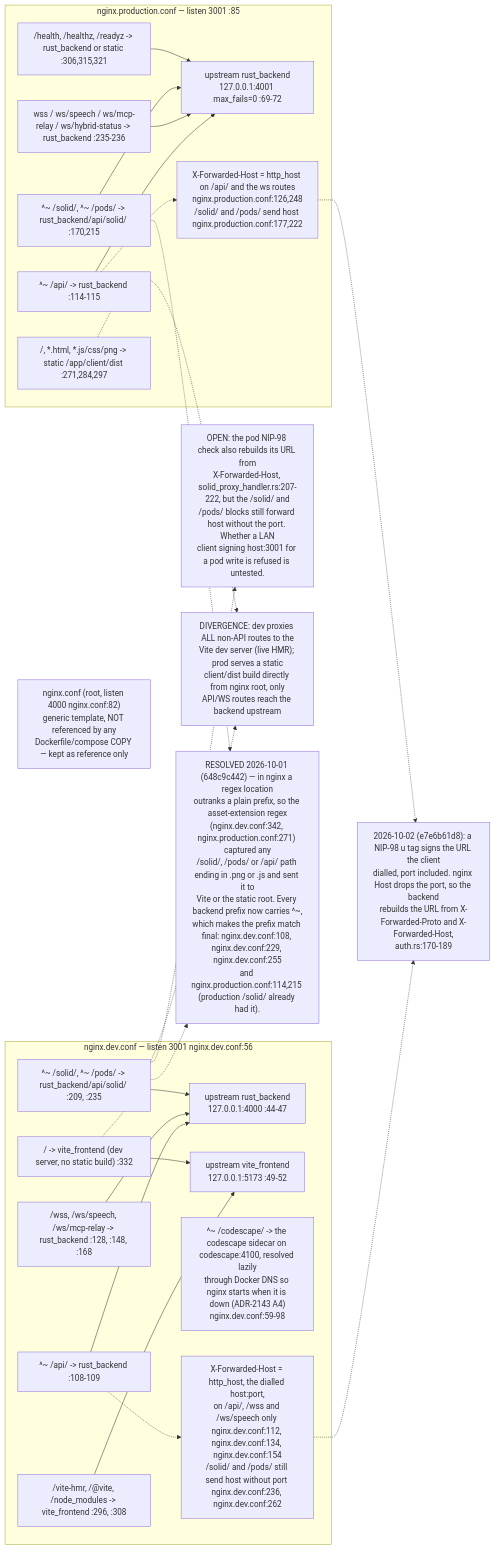
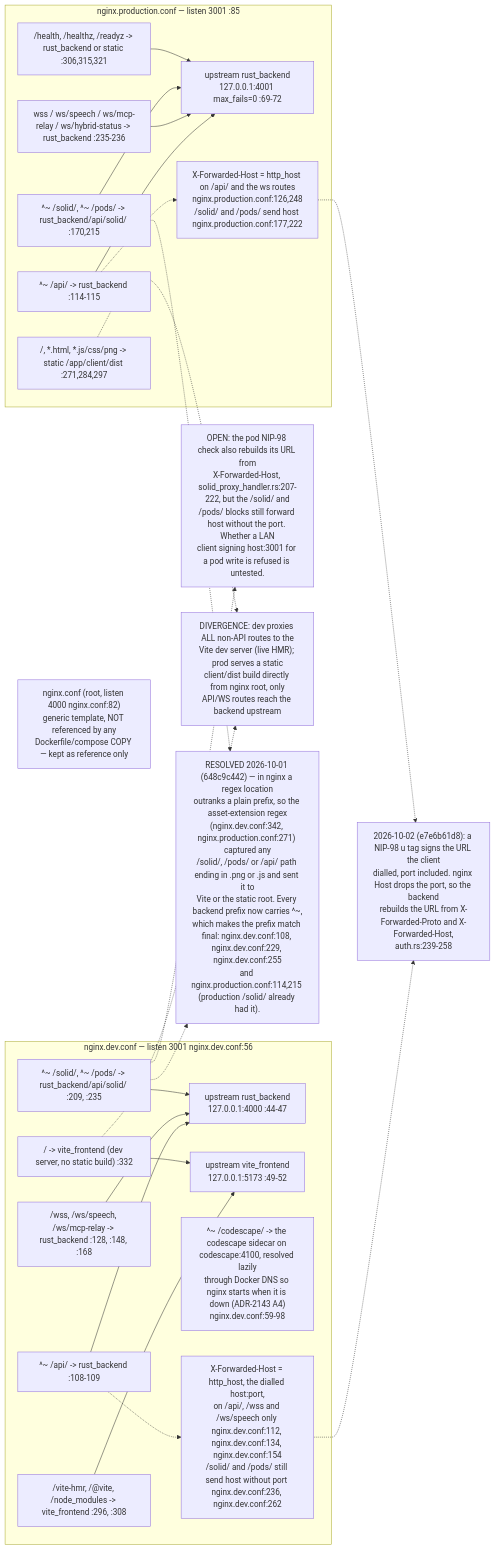
Before and after one commit to DreamLab-AI/VisionFlow: the ninth of 24 diagrams in docs/diagrams/estate/09-build-deploy-and-ci-estate.md, drawn with Mermaid. The commit also changed other lines of this file and 5 other files, not shown here.

````diff
--- a/docs/diagrams/estate/09-build-deploy-and-ci-estate.md
+++ b/docs/diagrams/estate/09-build-deploy-and-ci-estate.md
@@ -357,49 +357,49 @@
 ```mermaid
 flowchart LR
     subgraph DEVNGINX["nginx.dev.conf — listen 3001 nginx.dev.conf:56"]
         DUPRUST["upstream rust_backend<br/>127.0.0.1:4000 :44-47"]
         DUPVITE["upstream vite_frontend<br/>127.0.0.1:5173 :49-52"]
         DAPI["^~ /api/ -> rust_backend :108-109"]
         DWSS["/wss, /ws/speech, /ws/mcp-relay -> rust_backend :128, :148, :168"]
         DSOLID["^~ /solid/, ^~ /pods/ -> rust_backend/api/solid/ :209, :235"]
         DHMR["/vite-hmr, /@vite, /node_modules -> vite_frontend :296, :308"]
         DROOT["/ -> vite_frontend (dev server, no static build) :332"]
         DCODESCAPE["^~ /codescape/ -> the codescape sidecar on codescape:4100, resolved lazily<br/>through Docker DNS so nginx starts when it is down (ADR-2143 A4)<br/>nginx.dev.conf:59-98"]
         DXFH["X-Forwarded-Host = http_host, the dialled host:port,<br/>on /api/, /wss and /ws/speech only nginx.dev.conf:112, nginx.dev.conf:134, nginx.dev.conf:154<br/>/solid/ and /pods/ still send host without port nginx.dev.conf:236, nginx.dev.conf:262"]
     end
     subgraph PRODNGINX["nginx.production.conf — listen 3001 :85"]
         PUPRUST["upstream rust_backend<br/>127.0.0.1:4001 max_fails=0 :69-72"]
         PAPI["^~ /api/ -> rust_backend :114-115"]
         PWS["wss / ws/speech / ws/mcp-relay / ws/hybrid-status -> rust_backend :235-236"]
         PSOLID["^~ /solid/, ^~ /pods/ -> rust_backend/api/solid/ :170,215"]
         PSTATIC["/, *.html, *.js/css/png -> static /app/client/dist :271,284,297"]
         PHEALTH["/health, /healthz, /readyz -> rust_backend or static :306,315,321"]
         PXFH["X-Forwarded-Host = http_host on /api/ and the ws routes<br/>nginx.production.conf:126,248<br/>/solid/ and /pods/ send host nginx.production.conf:177,222"]
     end
     LEGACY["nginx.conf (root, listen 4000 nginx.conf:82)<br/>generic template, NOT referenced by any<br/>Dockerfile/compose COPY — kept as reference only"]
 
     DAPI --> DUPRUST
     DWSS --> DUPRUST
     DSOLID --> DUPRUST
     DHMR --> DUPVITE
     DROOT --> DUPVITE
     PAPI --> PUPRUST
     PWS --> PUPRUST
     PSOLID --> PUPRUST
     PHEALTH --> PUPRUST
     DAPI -.-> DXFH
     PAPI -.-> PXFH
-    XFHWHY["2026-10-02 (e7e6b61d8): a NIP-98 u tag signs the URL the client<br/>dialled, port included. nginx Host drops the port, so the backend<br/>rebuilds the URL from X-Forwarded-Proto and X-Forwarded-Host,<br/>auth.rs:170-189"]
+    XFHWHY["2026-10-02 (e7e6b61d8): a NIP-98 u tag signs the URL the client<br/>dialled, port included. nginx Host drops the port, so the backend<br/>rebuilds the URL from X-Forwarded-Proto and X-Forwarded-Host,<br/>auth.rs:239-258"]
     DXFH -.-> XFHWHY
     PXFH -.-> XFHWHY
     XFHOPEN["OPEN: the pod NIP-98 check also rebuilds its URL from<br/>X-Forwarded-Host, solid_proxy_handler.rs:207-222, but the /solid/ and<br/>/pods/ blocks still forward host without the port. Whether a LAN<br/>client signing host:3001 for a pod write is refused is untested."]
     DSOLID -.-> XFHOPEN
 
     DIVNOTE["DIVERGENCE: dev proxies ALL non-API routes to the<br/>Vite dev server (live HMR); prod serves a static<br/>client/dist build directly from nginx root, only<br/>API/WS routes reach the backend upstream"]
     DROOT -.-> DIVNOTE
     PSTATIC -.-> DIVNOTE
 
     PRECED["RESOLVED 2026-10-01 (648c9c442) — in nginx a regex location<br/>outranks a plain prefix, so the asset-extension regex<br/>(nginx.dev.conf:342, nginx.production.conf:271) captured any<br/>/solid/, /pods/ or /api/ path ending in .png or .js and sent it to<br/>Vite or the static root. Every backend prefix now carries ^~,<br/>which makes the prefix match final: nginx.dev.conf:108, nginx.dev.conf:229, nginx.dev.conf:255<br/>and nginx.production.conf:114,215 (production /solid/ already had it)."]
     DSOLID -.-> PRECED
     PSOLID -.-> PRECED
 ```
````
